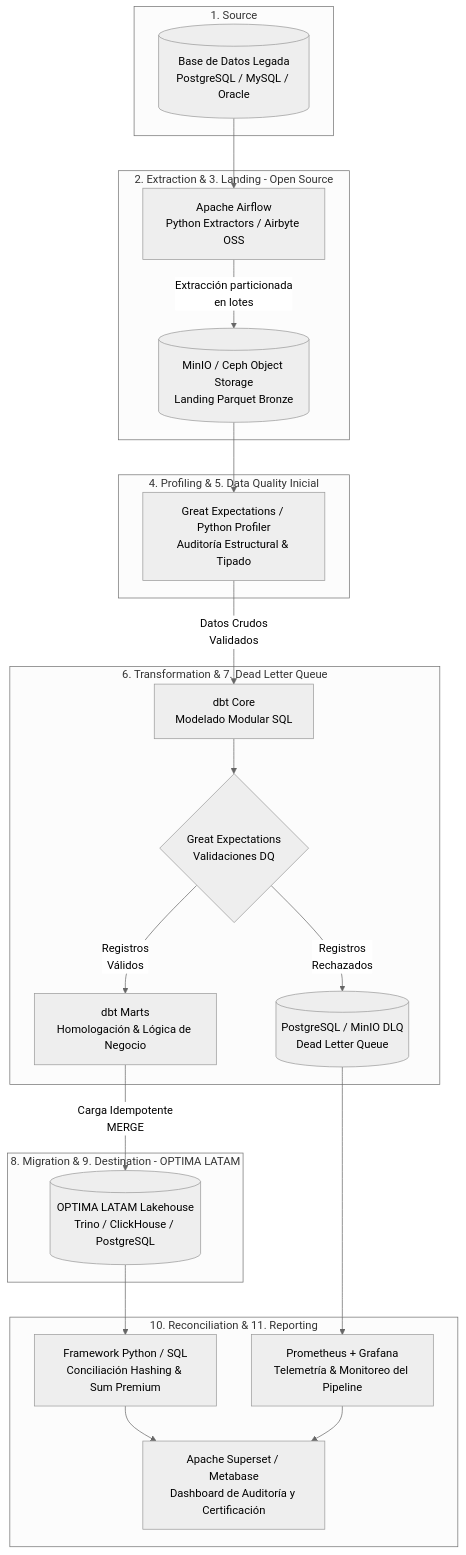
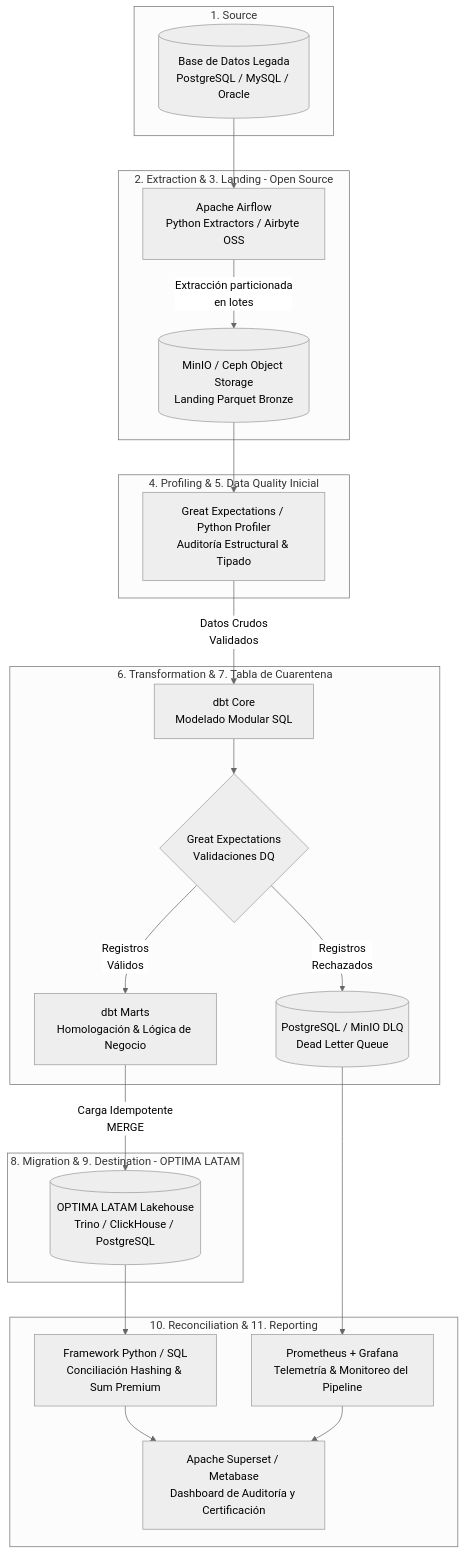
One commit to lfardilaji/gallagher-migration-test changed the second of 2 diagrams in README.md. Above: the diagram before and after it, drawn with Mermaid (neutral theme).

Commit message:
Update subgraph label from 'Dead Letter Queue' to 'Tabla de Cuarentena'

````diff
--- a/README.md
+++ b/README.md
@@ -119,45 +119,45 @@
 ```mermaid
 flowchart TD
     subgraph S1 [1. Source]
         A[(Base de Datos Legada<br/>PostgreSQL / MySQL / Oracle)]
     end
 
     subgraph S2 [2. Extraction & 3. Landing - Open Source]
         B[Apache Airflow<br/>Python Extractors / Airbyte OSS]
         C[(MinIO / Ceph Object Storage<br/>Landing Parquet Bronze)]
         B -->|Extracción particionada<br/>en lotes| C
     end
 
     subgraph S3 [4. Profiling & 5. Data Quality Inicial]
         D[Great Expectations / Python Profiler<br/>Auditoría Estructural & Tipado]
         C --> D
     end
 
-    subgraph S4 [6. Transformation & 7. Dead Letter Queue]
+    subgraph S4 [6. Transformation & 7. Tabla de Cuarentena]
         E[dbt Core<br/>Modelado Modular SQL]
         F{Great Expectations<br/>Validaciones DQ}
         G[(PostgreSQL / MinIO DLQ<br/>Dead Letter Queue)]
         H[dbt Marts<br/>Homologación & Lógica de Negocio]
         D -->|Datos Crudos<br/>Validados| E
         E --> F
         F -->|Registros<br/>Rechazados| G
         F -->|Registros<br/>Válidos| H
     end
 
     subgraph S5 [8. Migration & 9. Destination - OPTIMA LATAM]
         I[(OPTIMA LATAM Lakehouse<br/>Trino / ClickHouse / PostgreSQL)]
         H -->|Carga Idempotente<br/>MERGE| I
     end
 
     subgraph S6 [10. Reconciliation & 11. Reporting]
         J[Framework Python / SQL<br/>Conciliación Hashing & Sum Premium]
         K[Apache Superset / Metabase<br/>Dashboard de Auditoría y Certificación]
         L[Prometheus + Grafana<br/>Telemetría & Monitoreo del Pipeline]
         I --> J
         G --> L
         J --> K
         L --> K
     end
 
     A --> B
 ```
````
